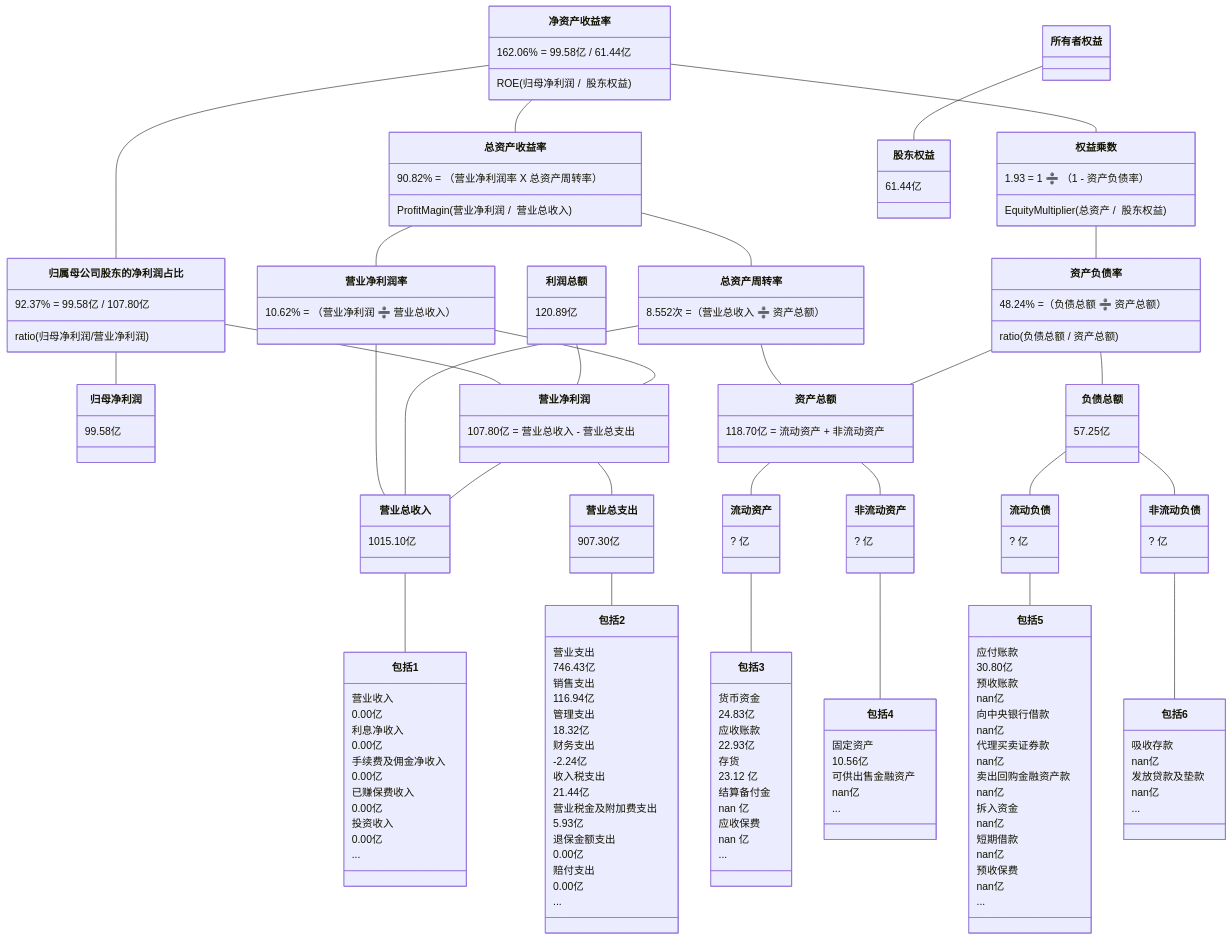
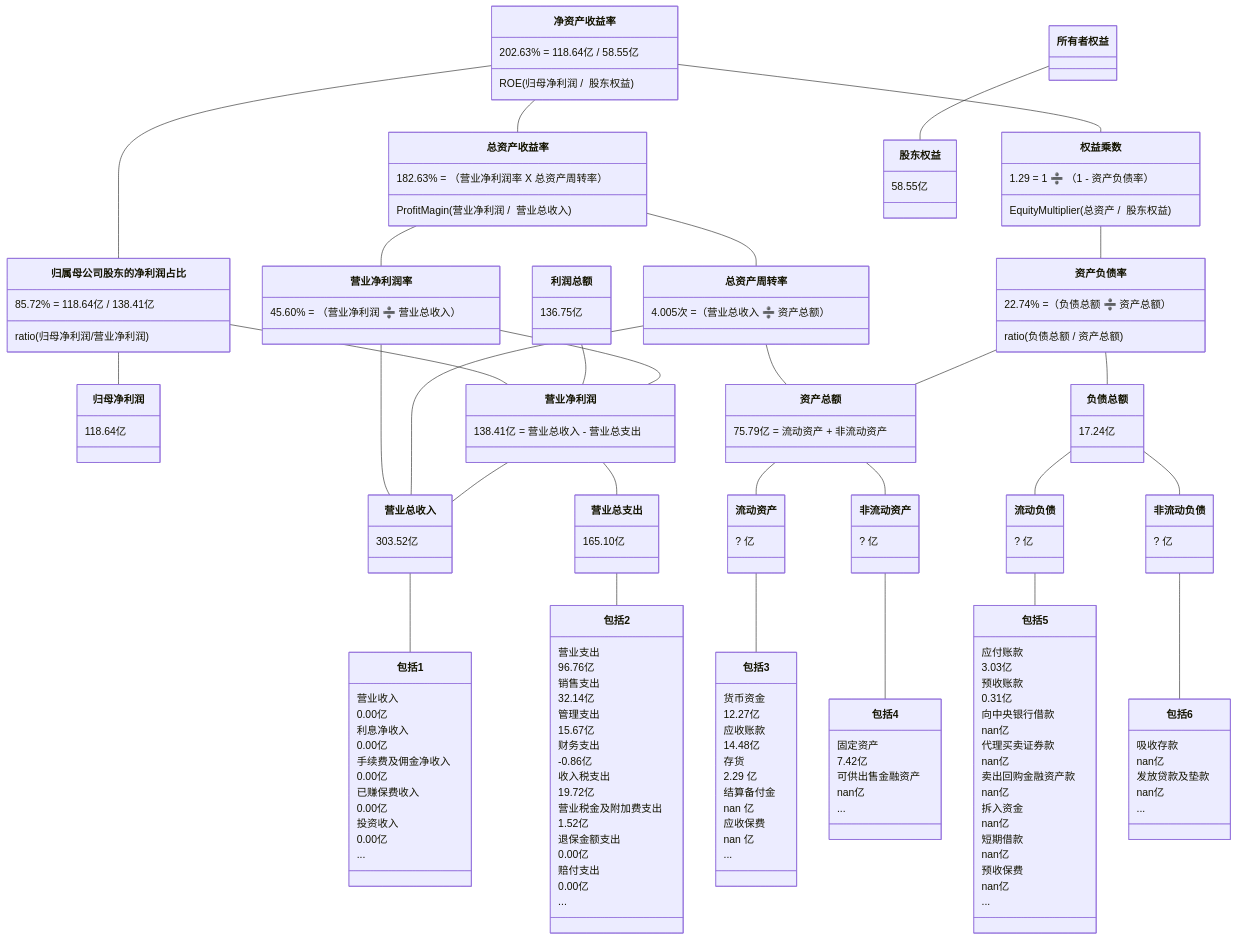
One commit to TheVeryDarkness/cs410 changed the eighth of 10 diagrams in 2/2.md. Above: the diagram before and after it, drawn with Mermaid. The commit also changed other lines of this file and 18 other files, not shown here.

````diff
--- a/2/2.md
+++ b/2/2.md
@@ -1075,45 +1107,45 @@
 ```mermaid
 classDiagram
 净资产收益率 -- 总资产收益率
-    净资产收益率 : 162.06% = 99.58亿 / 61.44亿
+    净资产收益率 : 202.63% = 118.64亿 / 58.55亿
     净资产收益率 : ROE(归母净利润 /  股东权益)
-    总资产收益率 : 90.82% = （营业净利润率 X 总资产周转率）
+    总资产收益率 : 182.63% = （营业净利润率 X 总资产周转率）
     总资产收益率 : ProfitMagin(营业净利润 /  营业总收入)
 净资产收益率 -- 归属母公司股东的净利润占比
-	  归属母公司股东的净利润占比 : 92.37% = 99.58亿 / 107.80亿
+	  归属母公司股东的净利润占比 : 85.72% = 118.64亿 / 138.41亿
 	  归属母公司股东的净利润占比 : ratio(归母净利润/营业净利润)
 归属母公司股东的净利润占比 -- 归母净利润
-    归母净利润 : 99.58亿
+    归母净利润 : 118.64亿
 归属母公司股东的净利润占比 -- 营业净利润
-利润总额 : 120.89亿
+利润总额 : 136.75亿
 利润总额 -- 营业净利润
 净资产收益率 -- 权益乘数
-    权益乘数 : 1.93 = 1 ➗ （1 - 资产负债率）
+    权益乘数 : 1.29 = 1 ➗ （1 - 资产负债率）
     权益乘数 : EquityMultiplier(总资产 /  股东权益)
 
 总资产收益率 -- 营业净利润率
-    营业净利润率 : 10.62% = （营业净利润 ➗ 营业总收入）
+    营业净利润率 : 45.60% = （营业净利润 ➗ 营业总收入）
 总资产收益率 -- 总资产周转率
-    总资产周转率 : 8.552次 =（营业总收入 ➗ 资产总额）
+    总资产周转率 : 4.005次 =（营业总收入 ➗ 资产总额）
 权益乘数 -- 资产负债率
-    资产负债率  : 48.24% =（负债总额 ➗ 资产总额）
+    资产负债率  : 22.74% =（负债总额 ➗ 资产总额）
     资产负债率  : ratio(负债总额 / 资产总额)
 
 营业净利润率 -- 营业净利润
-    营业净利润 : 107.80亿 = 营业总收入 - 营业总支出
+    营业净利润 : 138.41亿 = 营业总收入 - 营业总支出
 营业净利润率 -- 营业总收入
 总资产周转率 -- 营业总收入
 总资产周转率 -- 资产总额
-    资产总额 : 118.70亿 = 流动资产 + 非流动资产
+    资产总额 : 75.79亿 = 流动资产 + 非流动资产
 资产负债率 -- 负债总额
-    负债总额 : 57.25亿
+    负债总额 : 17.24亿
 资产负债率 -- 资产总额
 
 
 营业净利润 -- 营业总收入
-    营业总收入 : 1015.10亿
+    营业总收入 : 303.52亿
 营业净利润 -- 营业总支出
-    营业总支出 : 907.30亿
+    营业总支出 : 165.10亿
 资产总额 -- 流动资产
 	  流动资产 : ? 亿
 资产总额 -- 非流动资产
@@ -1137,17 +1169,17 @@
     包括1 : ...
 营业总支出 -- 包括2
     包括2 : 营业支出
-    包括2 : 746.43亿
+    包括2 : 96.76亿
     包括2 : 销售支出
-    包括2 : 116.94亿
+    包括2 : 32.14亿
     包括2 : 管理支出
-    包括2 : 18.32亿
+    包括2 : 15.67亿
     包括2 : 财务支出
-    包括2 : -2.24亿
+    包括2 : -0.86亿
     包括2 : 收入税支出
-    包括2 : 21.44亿
+    包括2 : 19.72亿
     包括2 : 营业税金及附加费支出
-    包括2 : 5.93亿
+    包括2 : 1.52亿
     包括2 : 退保金额支出
     包括2 : 0.00亿
     包括2 : 赔付支出
@@ -1155,11 +1187,11 @@
     包括2 : ...
 流动资产 -- 包括3
     包括3 : 货币资金
-    包括3 : 24.83亿
+    包括3 : 12.27亿
     包括3 : 应收账款
-    包括3 : 22.93亿
+    包括3 : 14.48亿
     包括3 : 存货
-    包括3 : 23.12 亿
+    包括3 : 2.29 亿
     包括3 : 结算备付金
     包括3 : nan 亿
     包括3 : 应收保费
@@ -1167,15 +1199,15 @@
     包括3 : ...
 非流动资产 -- 包括4
     包括4 : 固定资产
-    包括4 : 10.56亿
+    包括4 : 7.42亿
     包括4 : 可供出售金融资产
     包括4 : nan亿
     包括4 : ...
 流动负债 -- 包括5
     包括5 : 应付账款
-    包括5 : 30.80亿
+    包括5 : 3.03亿
     包括5 : 预收账款
-    包括5 : nan亿
+    包括5 : 0.31亿
     包括5 : 向中央银行借款
     包括5 : nan亿
     包括5 : 代理买卖证券款
@@ -1196,5 +1228,5 @@
     包括6 : nan亿
     包括6 : ...
 所有者权益 -- 股东权益
-    股东权益 : 61.44亿
+    股东权益 : 58.55亿
 ```
````
